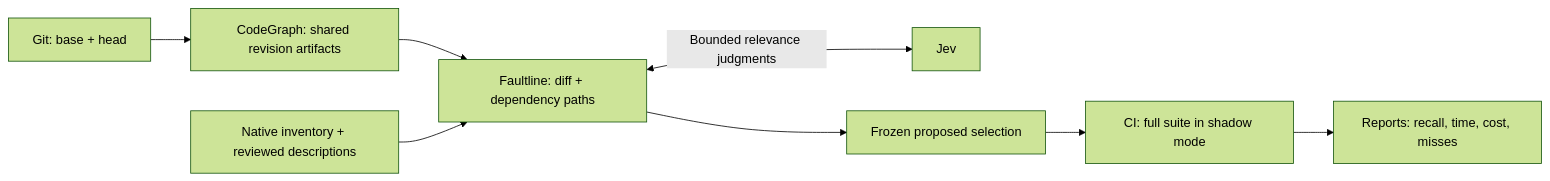
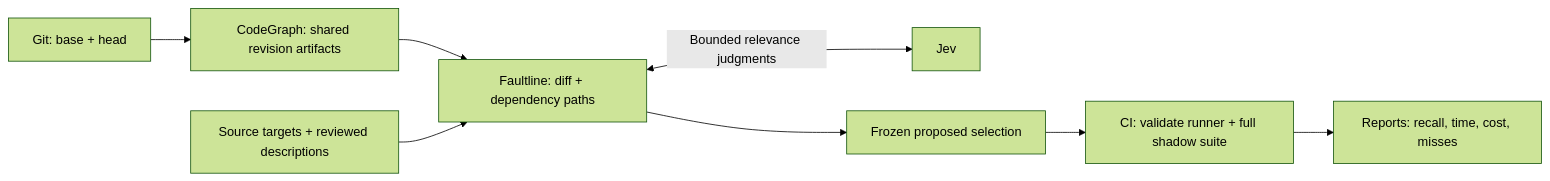
The diagram in README.md (ronaldtebrake/faultline), drawn with Mermaid (forest theme) before and after one commit. The commit also changed other lines of this file and 15 other files, not shown here.

Commit message:
Defer native runner discovery until execution

````diff
--- a/README.md
+++ b/README.md
@@ -25,10 +25,10 @@
 ```mermaid
 flowchart LR
     G["Git: base + head"] --> CGraph["CodeGraph: shared revision artifacts"]
     CGraph --> F["Faultline: diff + dependency paths"]
-    T["Native inventory + reviewed descriptions"] --> F
+    T["Source targets + reviewed descriptions"] --> F
     F <-->|"Bounded relevance judgments"| J["Jev"]
     F --> S["Frozen proposed selection"]
-    S --> C["CI: full suite in shadow mode"]
+    S --> C["CI: validate runner + full shadow suite"]
     C --> R["Reports: recall, time, cost, misses"]
 ```
````
